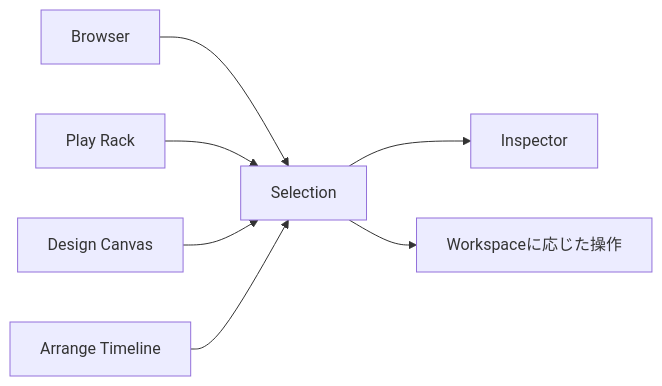
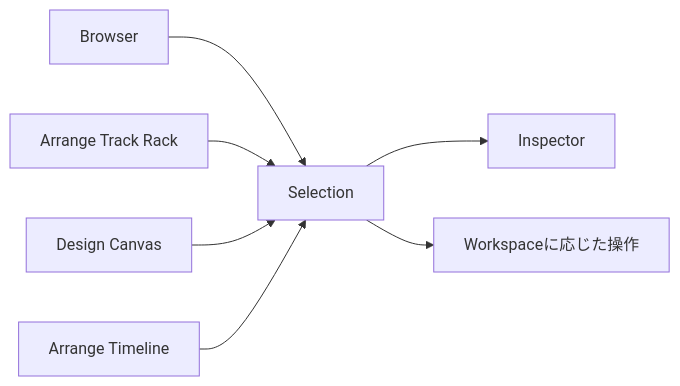
The third of 12 diagrams in docs/ui-ux-design/ui-ux-design.md (endo-ly/riffra), drawn with Mermaid before and after one commit. The commit also changed other lines of this file and 10 other files, not shown here.

Commit message:
docs: merge Play into Arrange and add headless CLI protocol

````diff
--- a/docs/ui-ux-design/ui-ux-design.md
+++ b/docs/ui-ux-design/ui-ux-design.md
@@ -125,9 +124,9 @@
 ```mermaid
 flowchart LR
     B["Browser"] --> S["Selection"]
-    P["Play Rack"] --> S
+    T["Arrange Track Rack"] --> S
     D["Design Canvas"] --> S
     A["Arrange Timeline"] --> S
     S --> I["Inspector"]
-    S --> T["Workspaceに応じた操作"]
+    S --> W["Workspaceに応じた操作"]
 ```
````
